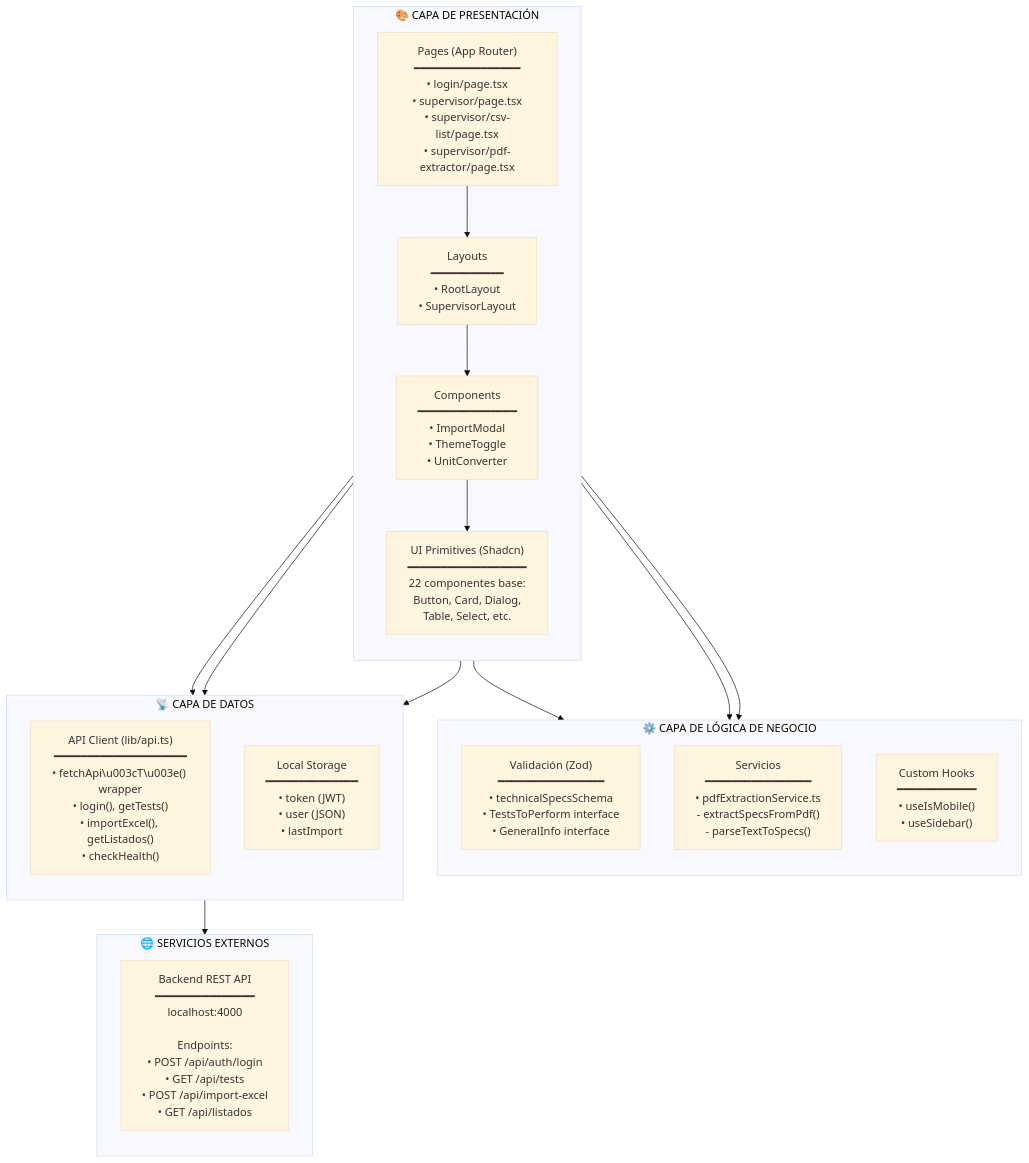
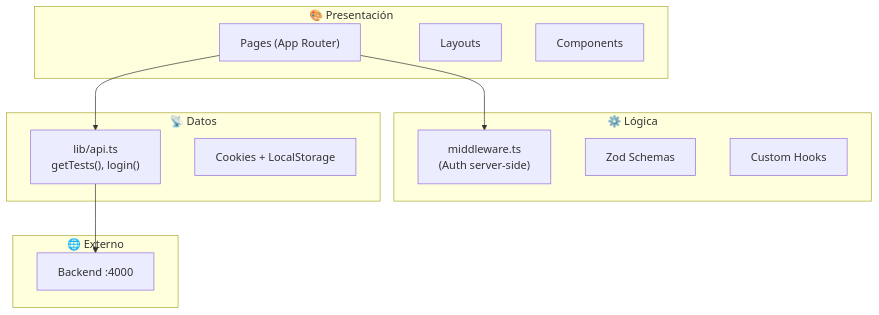
The second of 4 diagrams in pump-iot-web/apps/supervisor/public/docs/ARCHITECTURE.md (Dharnon/plc), drawn with Mermaid before and after one commit. The commit also changed other lines of this file and 11 other files, not shown here.

Commit message:
feat: Establish monorepo architecture with Turbo, feature-based operator app, and comprehensive architectural documentation.

````diff
--- a/pump-iot-web/apps/supervisor/public/docs/ARCHITECTURE.md
+++ b/pump-iot-web/apps/supervisor/public/docs/ARCHITECTURE.md
@@ -242,49 +126,27 @@
 ```mermaid
-%%{init: {'theme': 'base', 'themeVariables': { 'fontSize': '16px' }}}%%
 graph TB
-    subgraph PRESENTATION["🎨 CAPA DE PRESENTACIÓN"]
-        direction TB
-        PAGES["Pages (App Router)<br/>━━━━━━━━━━━━━━━━<br/>• login/page.tsx<br/>• supervisor/page.tsx<br/>• supervisor/csv-list/page.tsx<br/>• supervisor/pdf-extractor/page.tsx"]
-        
-        LAYOUTS["Layouts<br/>━━━━━━━━━━━<br/>• RootLayout<br/>• SupervisorLayout"]
-        
-        COMPONENTS["Components<br/>━━━━━━━━━━━━━━━<br/>• ImportModal<br/>• ThemeToggle<br/>• UnitConverter"]
-        
-        UI_PRIMITIVES["UI Primitives (Shadcn)<br/>━━━━━━━━━━━━━━━━━━<br/>22 componentes base:<br/>Button, Card, Dialog,<br/>Table, Select, etc."]
+    subgraph PRESENTATION["🎨 Presentación"]
+        PAGES["Pages (App Router)"]
+        LAYOUTS["Layouts"]
+        COMPONENTS["Components"]
     end
 
-    subgraph BUSINESS["⚙️ CAPA DE LÓGICA DE NEGOCIO"]
-        direction TB
-        SCHEMAS["Validación (Zod)<br/>━━━━━━━━━━━━━━━━<br/>• technicalSpecsSchema<br/>• TestsToPerform interface<br/>• GeneralInfo interface"]
-        
-        SERVICES["Servicios<br/>━━━━━━━━━━━━━━━━<br/>• pdfExtractionService.ts<br/>  - extractSpecsFromPdf()<br/>  - parseTextToSpecs()"]
-        
-        HOOKS["Custom Hooks<br/>━━━━━━━━━━━━<br/>• useIsMobile()<br/>• useSidebar()"]
+    subgraph LOGIC["⚙️ Lógica"]
+        MIDDLEWARE["middleware.ts\n(Auth server-side)"]
+        SCHEMAS["Zod Schemas"]
+        HOOKS["Custom Hooks"]
     end
 
-    subgraph DATA["📡 CAPA DE DATOS"]
-        direction TB
-        API_CLIENT["API Client (lib/api.ts)<br/>━━━━━━━━━━━━━━━━━━━━<br/>• fetchApi\u003cT\u003e() wrapper<br/>• login(), getTests()<br/>• importExcel(), getListados()<br/>• checkHealth()"]
-        
-        LOCAL_STORAGE["Local Storage<br/>━━━━━━━━━━━━━━<br/>• token (JWT)<br/>• user (JSON)<br/>• lastImport"]
+    subgraph DATA["📡 Datos"]
+        API["lib/api.ts\ngetTests(), login()"]
+        STORAGE["Cookies + LocalStorage"]
     end
 
-    subgraph EXTERNAL["🌐 SERVICIOS EXTERNOS"]
-        direction TB
-        BACKEND["Backend REST API<br/>━━━━━━━━━━━━━━━<br/>localhost:4000<br/><br/>Endpoints:<br/>• POST /api/auth/login<br/>• GET /api/tests<br/>• POST /api/import-excel<br/>• GET /api/listados"]
+    subgraph EXTERNAL["🌐 Externo"]
+        BACKEND["Backend :4000"]
     end
 
-    PAGES --> LAYOUTS
-    LAYOUTS --> COMPONENTS
-    COMPONENTS --> UI_PRIMITIVES
-    
-    PAGES --> HOOKS
-    PAGES --> SCHEMAS
-    COMPONENTS --> SERVICES
-    
-    PAGES --> API_CLIENT
-    COMPONENTS --> API_CLIENT
-    PAGES --> LOCAL_STORAGE
-    
-    API_CLIENT --> BACKEND
+    PAGES --> MIDDLEWARE
+    PAGES --> API
+    API --> BACKEND
 ```
````
